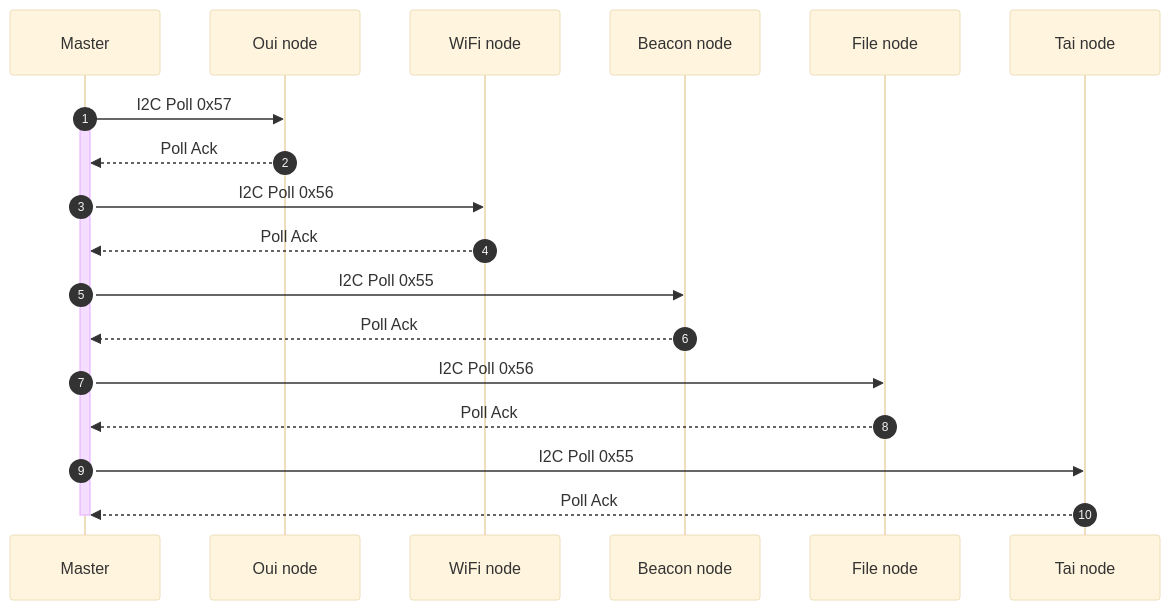
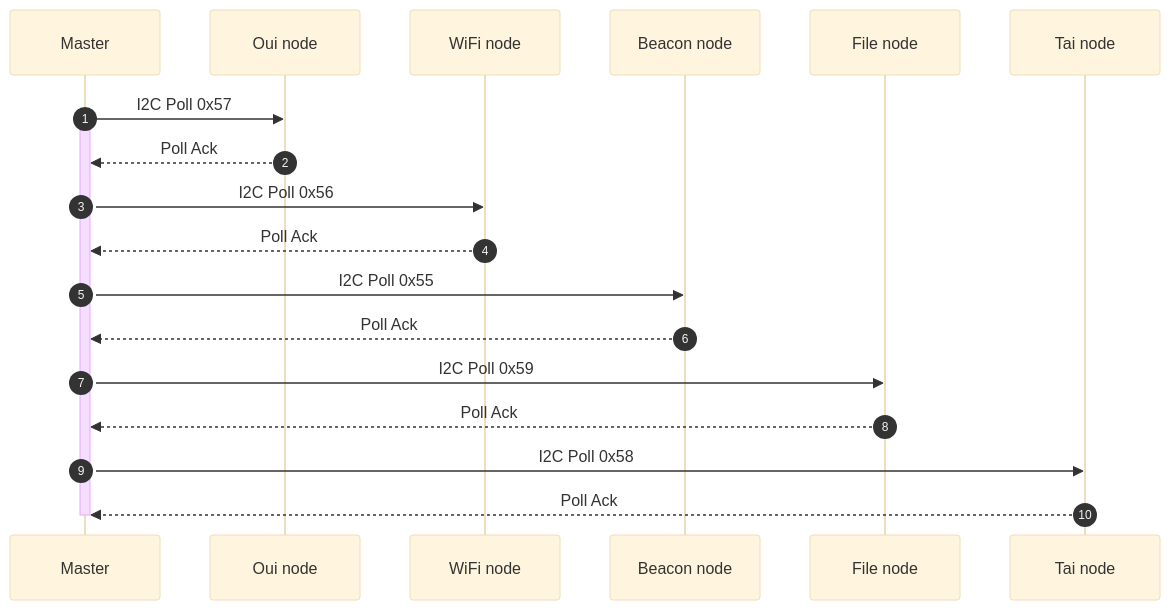
One commit to wicked-rainman/ESP32S3_I2C_Cluster_v2 changed the first of 2 diagrams in Readme.MD. Above: the diagram before and after it, drawn with Mermaid (base theme).

````diff
--- a/Readme.MD
+++ b/Readme.MD
@@ -19,17 +19,17 @@
 ```mermaid
 sequenceDiagram
     autonumber
     Master->>Oui node: I2C Poll 0x57
     activate Master
     Oui node-->>Master: Poll Ack
     Master->>WiFi node: I2C Poll 0x56
     WiFi node-->>Master: Poll Ack
     Master->>Beacon node: I2C Poll 0x55
     Beacon node-->>Master: Poll Ack
-    Master->>File node: I2C Poll 0x56
+    Master->>File node: I2C Poll 0x59
     File node-->>Master: Poll Ack
-    Master->>Tai node: I2C Poll 0x55
+    Master->>Tai node: I2C Poll 0x58
     Tai node-->>Master: Poll Ack
     deactivate Master
 
 ```
````
